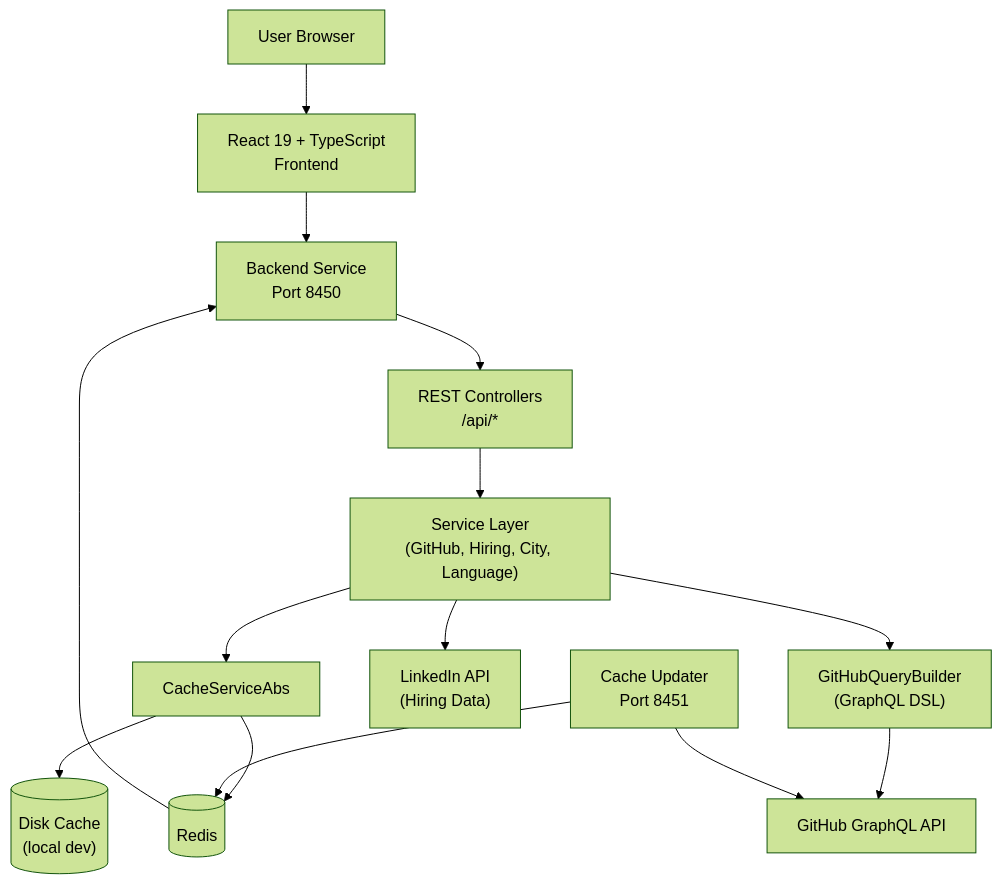
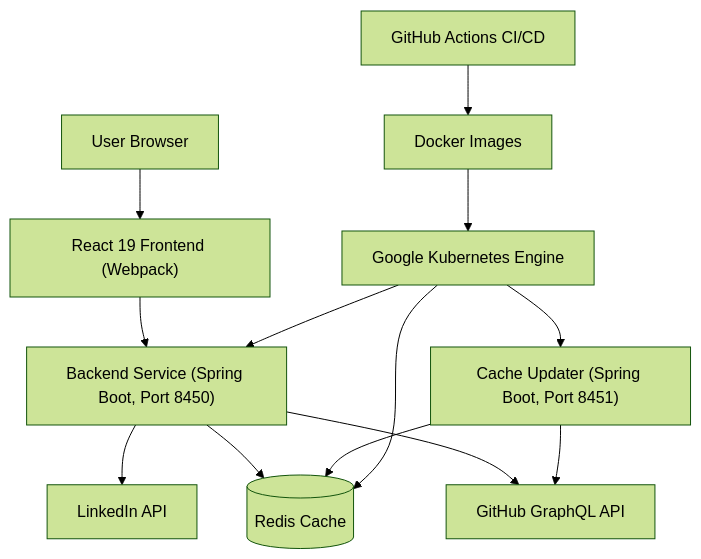
The first of 6 diagrams in docs/development/architecture/README.md (flamingo-stack/major-league-github), drawn with Mermaid (forest theme) before and after one commit. The commit also changed other lines of this file and 91 other files, not shown here.

````diff
--- a/docs/development/architecture/README.md
+++ b/docs/development/architecture/README.md
@@ -9,21 +11,15 @@
 ```mermaid
 flowchart TD
-    User["User Browser"] --> Frontend["React 19 + TypeScript\nFrontend"]
-    Frontend --> BackendAPI["Backend Service\nPort 8450"]
-
-    BackendAPI --> Controllers["REST Controllers\n/api/*"]
-    Controllers --> Services["Service Layer\n(GitHub, Hiring, City, Language)"]
-    Services --> Cache["CacheServiceAbs"]
-    Cache --> Redis[("Redis")]
-    Cache --> Disk[("Disk Cache\n(local dev)")]
-
-    Services --> GraphQL["GitHubQueryBuilder\n(GraphQL DSL)"]
-    GraphQL --> GitHubAPI["GitHub GraphQL API"]
-
-    Services --> LinkedIn["LinkedIn API\n(Hiring Data)"]
-
-    CacheUpdater["Cache Updater\nPort 8451"] --> Redis
-    CacheUpdater --> GitHubAPI
-
-    Redis --> BackendAPI
+    Browser["User Browser"] --> Frontend["React 19 Frontend (Webpack)"]
+    Frontend --> BackendService["Backend Service (Spring Boot, Port 8450)"]
+    BackendService --> Redis[("Redis Cache")]
+    BackendService --> GitHub["GitHub GraphQL API"]
+    BackendService --> LinkedIn["LinkedIn API"]
+    CacheUpdater["Cache Updater (Spring Boot, Port 8451)"] --> Redis
+    CacheUpdater --> GitHub
+    GitHubActions["GitHub Actions CI/CD"] --> Docker["Docker Images"]
+    Docker --> GKE["Google Kubernetes Engine"]
+    GKE --> BackendService
+    GKE --> CacheUpdater
+    GKE --> Redis
 ```
````
